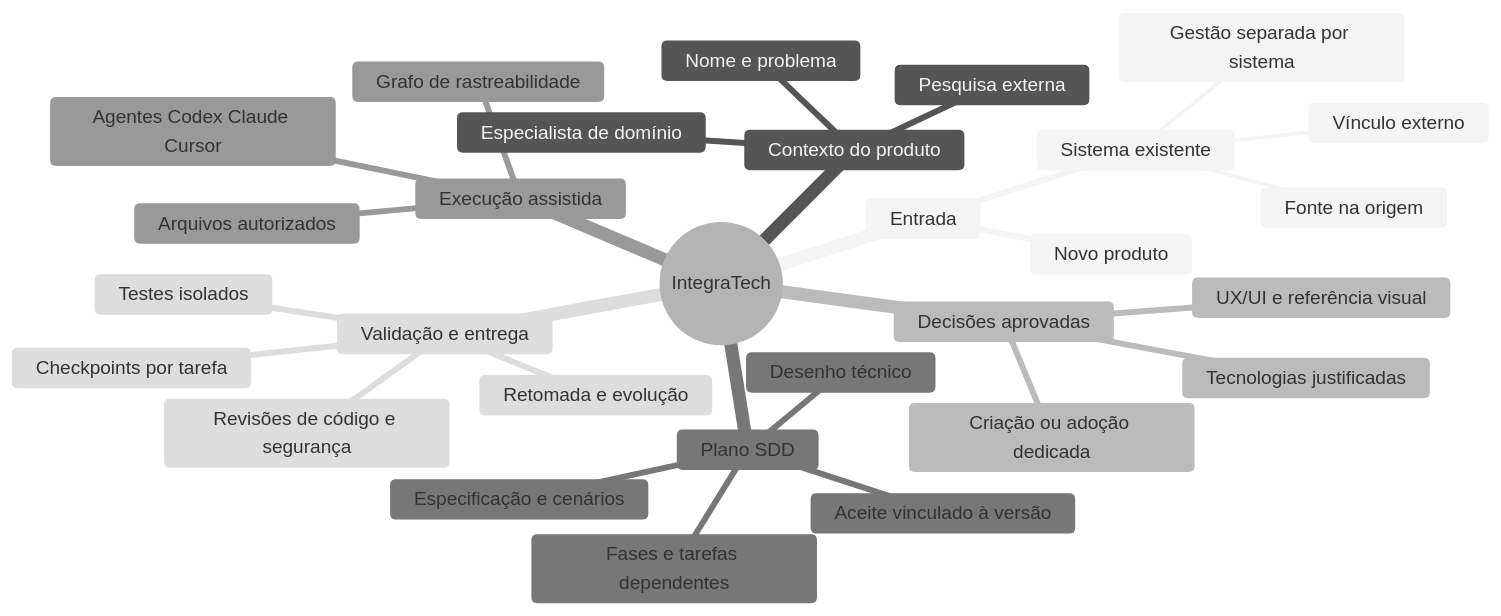
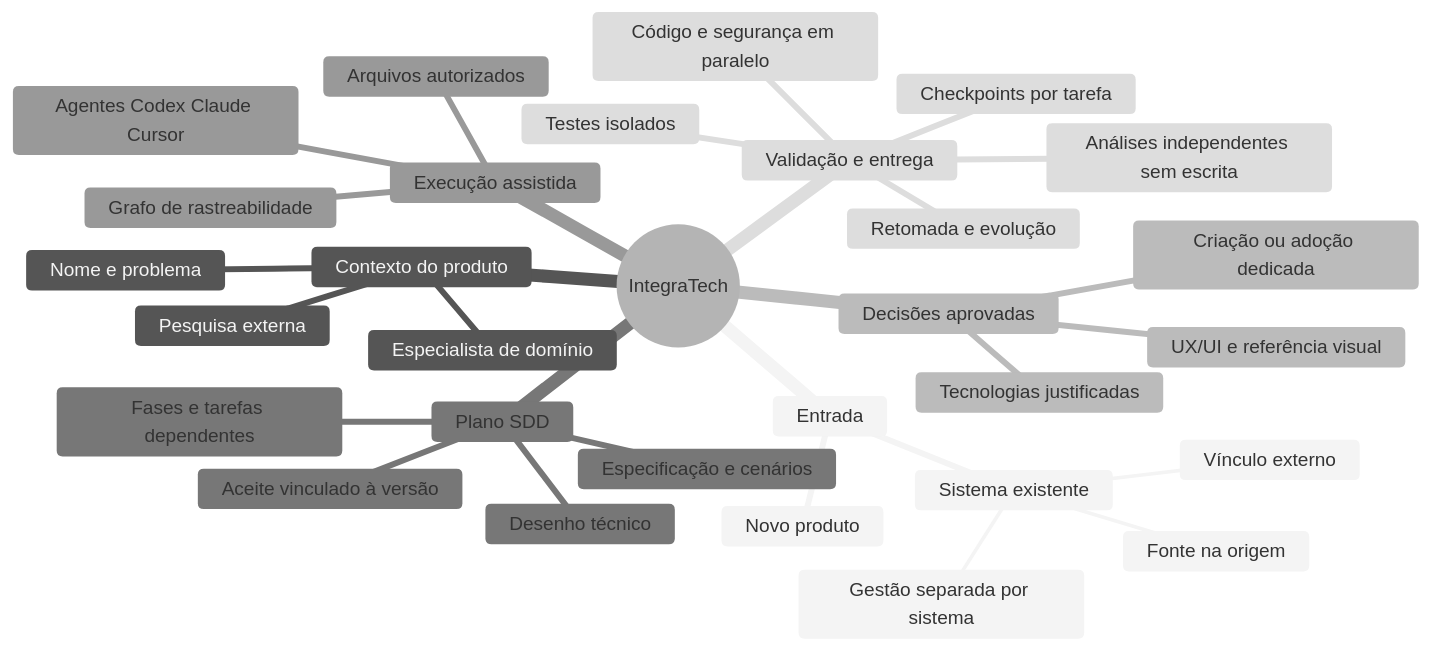
The diagram in README.md (erickcremona/IntegraTech), drawn with Mermaid (neutral theme) before and after one commit. The commit also changed other lines of this file and 18 other files, not shown here.

````diff
--- a/README.md
+++ b/README.md
@@ -9,32 +9,33 @@
 ```mermaid
 mindmap
   root((IntegraTech))
     Entrada
       Novo produto
       Sistema existente
         Vínculo externo
         Fonte na origem
         Gestão separada por sistema
     Contexto do produto
       Nome e problema
       Pesquisa externa
       Especialista de domínio
     Decisões aprovadas
       Tecnologias justificadas
       UX/UI e referência visual
       Criação ou adoção dedicada
     Plano SDD
       Especificação e cenários
       Desenho técnico
       Fases e tarefas dependentes
       Aceite vinculado à versão
     Execução assistida
       Agentes Codex Claude Cursor
       Arquivos autorizados
       Grafo de rastreabilidade
     Validação e entrega
       Testes isolados
-      Revisões de código e segurança
+      Código e segurança em paralelo
+      Análises independentes sem escrita
       Checkpoints por tarefa
       Retomada e evolução
 ```
````
